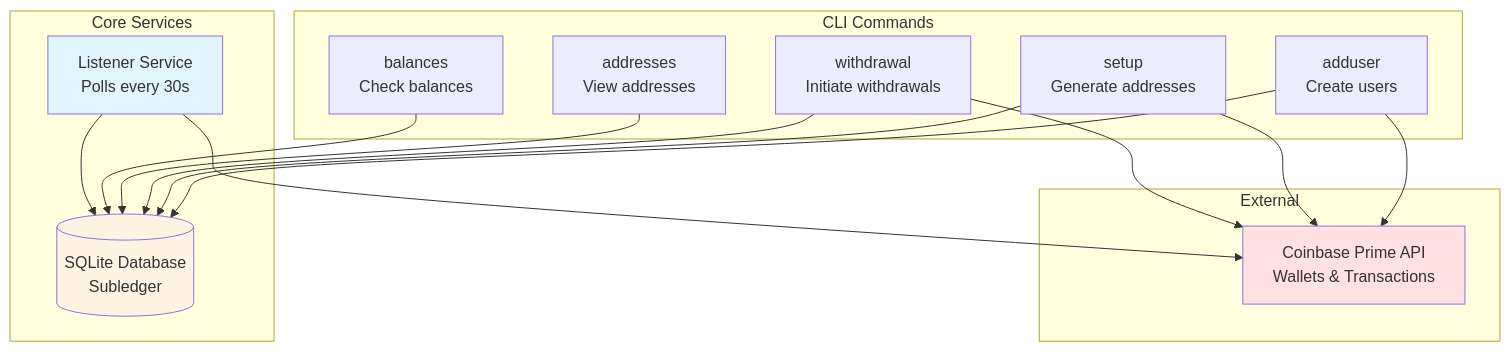
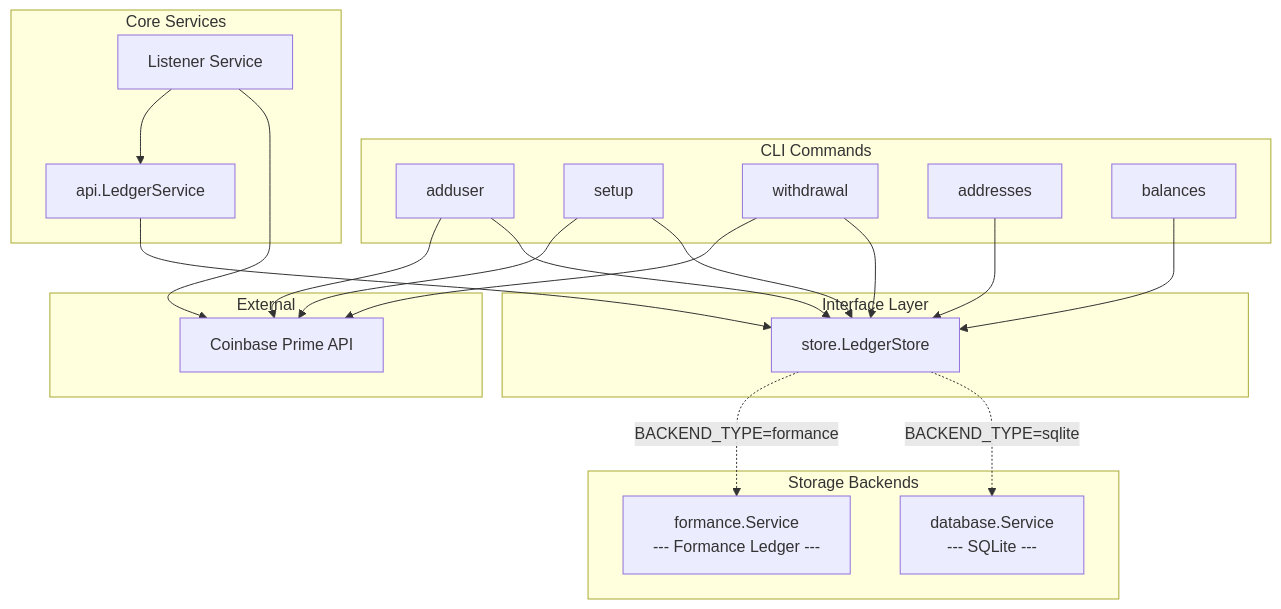
Before and after one commit to thierrycoopman/prime-send-receive-go: the first of 5 diagrams in ARCHITECTURE.md, drawn with Mermaid. The commit also changed other lines of this file and 39 other files, not shown here.

First line of the commit message:
Enhance backend support and documentation for crypto deposit/withdrawal system

````diff
--- a/ARCHITECTURE.md
+++ b/ARCHITECTURE.md
@@ -5,35 +24,44 @@
 ```mermaid
 graph TB
-    subgraph "CLI Commands"
-        AddUser[adduser<br/>Create users]
-        Setup[setup<br/>Generate addresses]
-        Withdrawal[withdrawal<br/>Initiate withdrawals]
-        Addresses[addresses<br/>View addresses]
-        Balances[balances<br/>Check balances]
+    subgraph cli [CLI Commands]
+        AddUser[adduser]
+        Setup[setup]
+        Withdrawal[withdrawal]
+        Addresses[addresses]
+        Balances[balances]
     end
 
-    subgraph "Core Services"
-        Listener[Listener Service<br/>Polls every 30s]
-        DB[(SQLite Database<br/>Subledger)]
+    subgraph core [Core Services]
+        Listener[Listener Service]
+        API[api.LedgerService]
     end
 
-    subgraph "External"
-        Prime[Coinbase Prime API<br/>Wallets & Transactions]
+    subgraph iface [Interface Layer]
+        Store["store.LedgerStore"]
     end
 
-    AddUser --> DB
+    subgraph backends [Storage Backends]
+        SQLite["database.Service\n--- SQLite ---"]
+        Formance["formance.Service\n--- Formance Ledger ---"]
+    end
+
+    subgraph external [External]
+        Prime[Coinbase Prime API]
+    end
+
+    AddUser --> Store
     AddUser --> Prime
-    Setup --> DB
+    Setup --> Store
     Setup --> Prime
-    Withdrawal --> DB
+    Withdrawal --> Store
     Withdrawal --> Prime
-    Addresses --> DB
-    Balances --> DB
+    Addresses --> Store
+    Balances --> Store
 
     Listener --> Prime
-    Listener --> DB
+    Listener --> API
+    API --> Store
 
-    style Listener fill:#e1f5ff
-    style DB fill:#fff4e1
-    style Prime fill:#ffe1e1
+    Store -.->|BACKEND_TYPE=sqlite| SQLite
+    Store -.->|BACKEND_TYPE=formance| Formance
 ```
````
